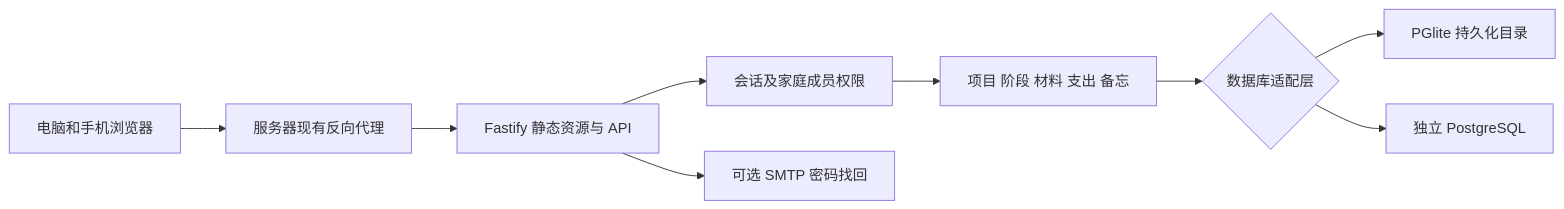
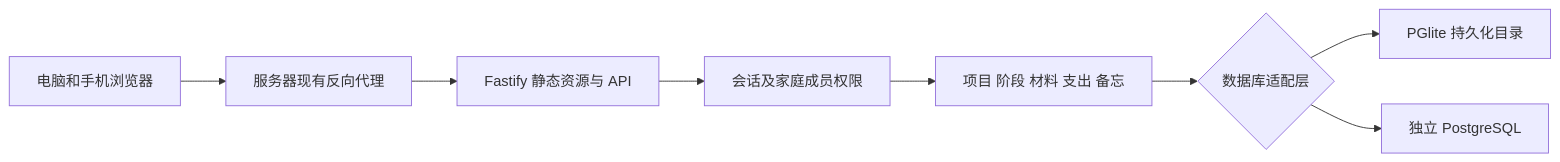
The diagram in docs/architecture.md (dddyszy/renovation_assistant_web), drawn with Mermaid before and after one commit. The commit also changed 25 other files, not shown here.

````diff
--- a/docs/architecture.md
+++ b/docs/architecture.md
@@ -5,11 +5,10 @@
 ```mermaid
 flowchart LR
     A[电脑和手机浏览器] --> B[服务器现有反向代理]
     B --> C[Fastify 静态资源与 API]
     C --> D[会话及家庭成员权限]
     D --> E[项目 阶段 材料 支出 备忘]
     E --> F{数据库适配层}
     F --> G[PGlite 持久化目录]
     F --> H[独立 PostgreSQL]
-    C --> I[可选 SMTP 密码找回]
 ```
````
